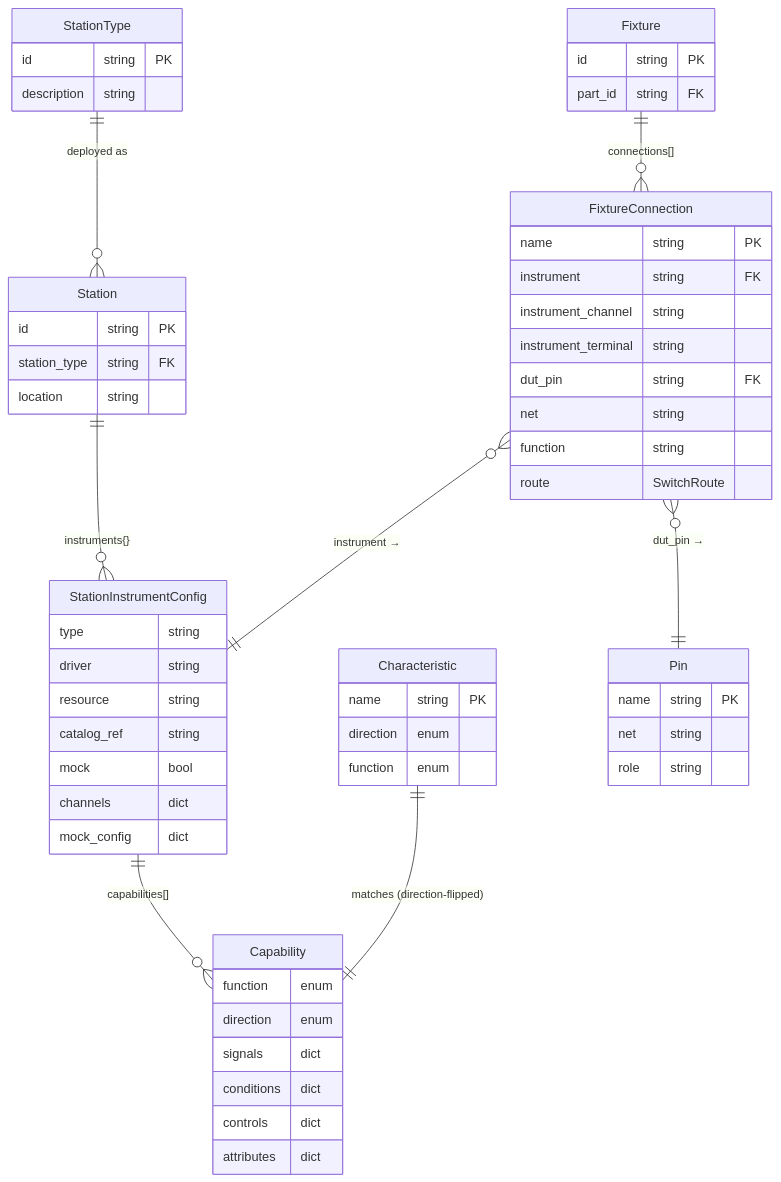
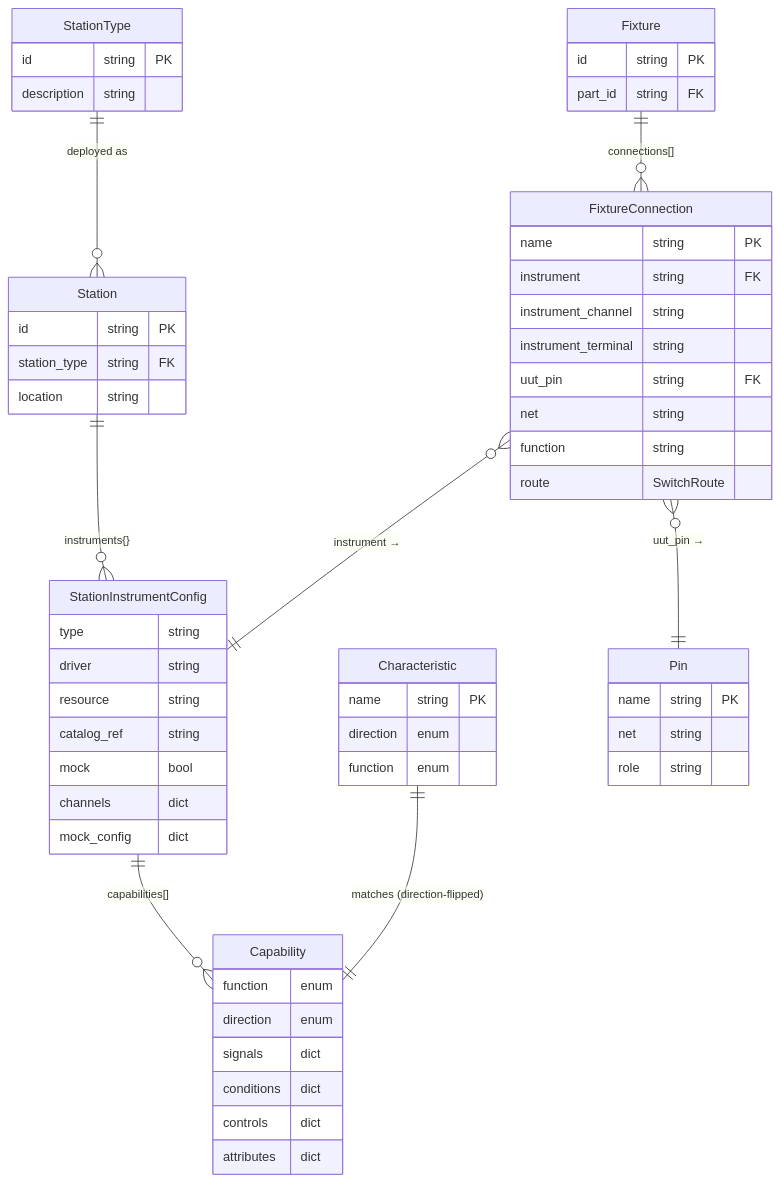
One commit to pragmatest-dev/testerkit changed the fourth of 9 diagrams in docs/concepts/overview/architecture.md. Above: the diagram before and after it, drawn with Mermaid. The commit also changed other lines of this file and 274 other files, not shown here.

````diff
--- a/docs/concepts/overview/architecture.md
+++ b/docs/concepts/overview/architecture.md
@@ -121,61 +121,61 @@
 ```mermaid
 erDiagram
     StationType {
         id string PK
         description string
     }
     Station {
         id string PK
         station_type string FK
         location string
     }
     StationInstrumentConfig {
         type string
         driver string
         resource string
         catalog_ref string
         mock bool
         channels dict
         mock_config dict
     }
     Capability {
         function enum
         direction enum
         signals dict
         conditions dict
         controls dict
         attributes dict
     }
     Fixture {
         id string PK
         part_id string FK
     }
     FixtureConnection {
         name string PK
         instrument string FK
         instrument_channel string
         instrument_terminal string
-        dut_pin string FK
+        uut_pin string FK
         net string
         function string
         route SwitchRoute
     }
     Characteristic {
         name string PK
         direction enum
         function enum
     }
     Pin {
         name string PK
         net string
         role string
     }
 
     StationType ||--o{ Station : "deployed as"
     Station ||--o{ StationInstrumentConfig : "instruments{}"
     StationInstrumentConfig ||--o{ Capability : "capabilities[]"
     Fixture ||--o{ FixtureConnection : "connections[]"
-    FixtureConnection }o--|| Pin : "dut_pin →"
+    FixtureConnection }o--|| Pin : "uut_pin →"
     FixtureConnection }o--|| StationInstrumentConfig : "instrument →"
     Characteristic ||--|| Capability : "matches (direction-flipped)"
 ```
````
